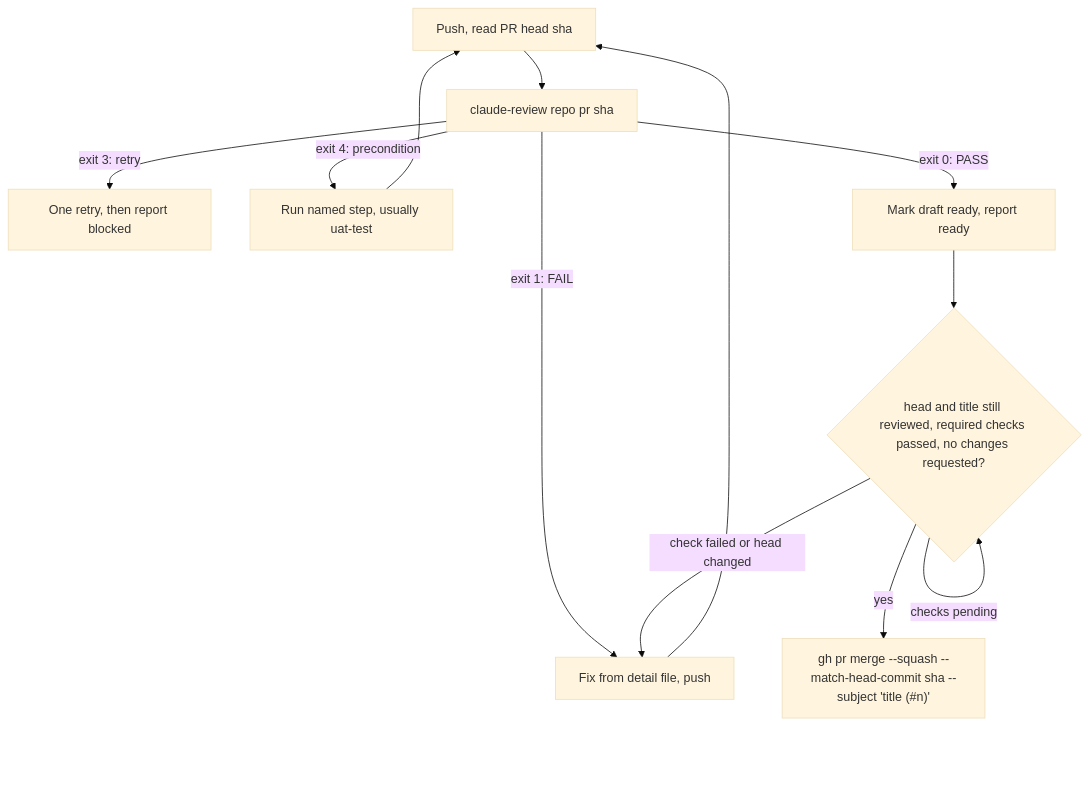
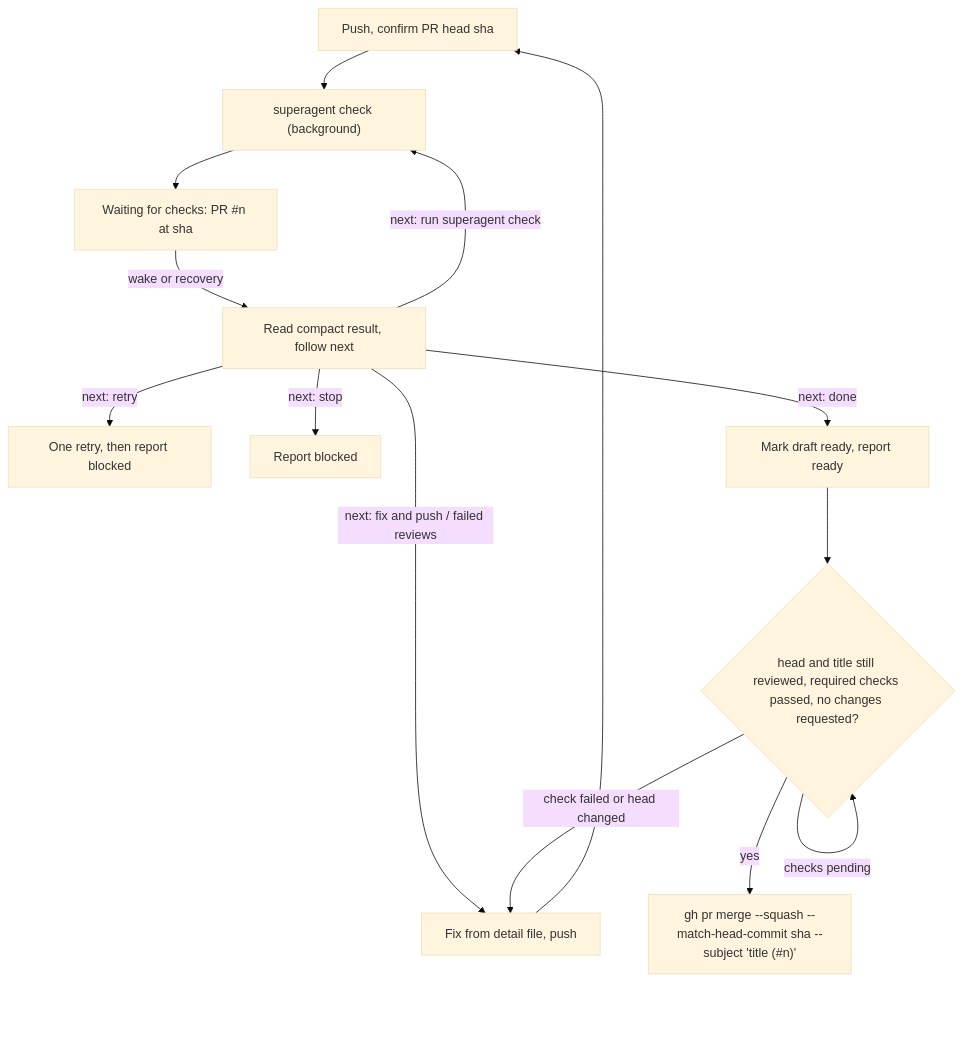
The first of 2 diagrams in README.md (ForkbombEu/superagent), drawn with Mermaid (base theme) before and after one commit. The commit also changed other lines of this file and 6 other files, not shown here.

First line of the commit message:
feat(checks): switch workers and recovery to superagent check

````diff
--- a/README.md
+++ b/README.md
@@ -129,14 +132,16 @@
 ```mermaid
 flowchart TD
-  A[Push, read PR head sha] --> B[claude-review repo pr sha]
-  B -->|exit 1: FAIL| C[Fix from detail file, push]
+  A[Push, confirm PR head sha] --> B["superagent check (background)"]
+  B --> W["Waiting for checks: PR #n at sha"]
+  W -->|wake or recovery| B2[Read compact result, follow next]
+  B2 -->|next: fix and push / failed reviews| C[Fix from detail file, push]
   C --> A
-  B -->|exit 3: retry| D[One retry, then report blocked]
-  B -->|exit 4: precondition| U[Run named step, usually uat-test]
-  U --> A
-  B -->|exit 0: PASS| E[Mark draft ready, report ready]
+  B2 -->|next: run superagent check| B
+  B2 -->|next: retry| D[One retry, then report blocked]
+  B2 -->|next: stop| X[Report blocked]
+  B2 -->|next: done| E[Mark draft ready, report ready]
   E --> F{head and title still reviewed, required checks passed, no changes requested?}
   F -->|checks pending| F
   F -->|check failed or head changed| C
   F -->|yes| G["gh pr merge --squash --match-head-commit sha --subject 'title (#n)'"]
 ```
````
